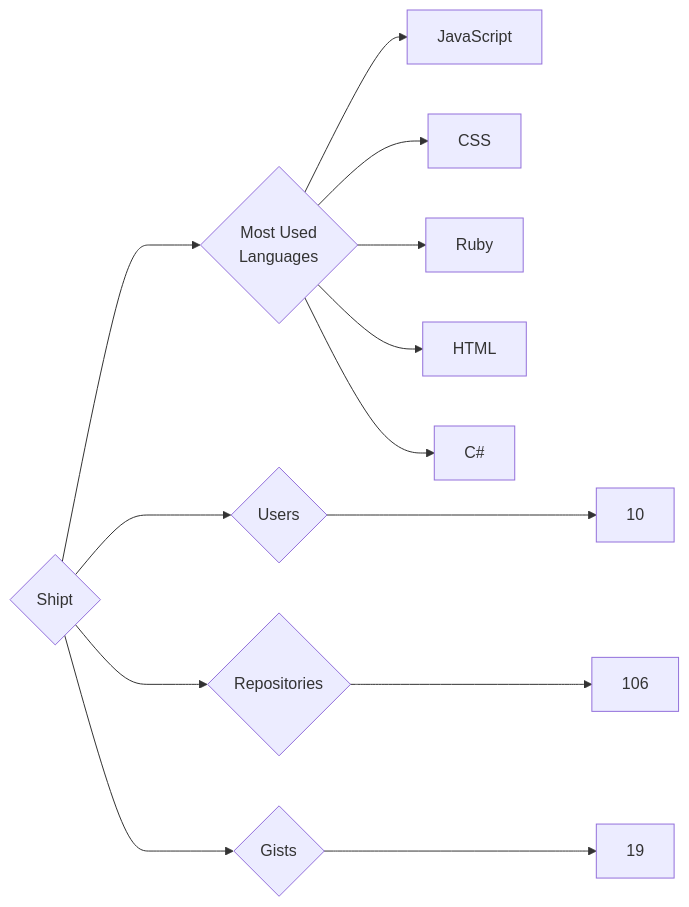
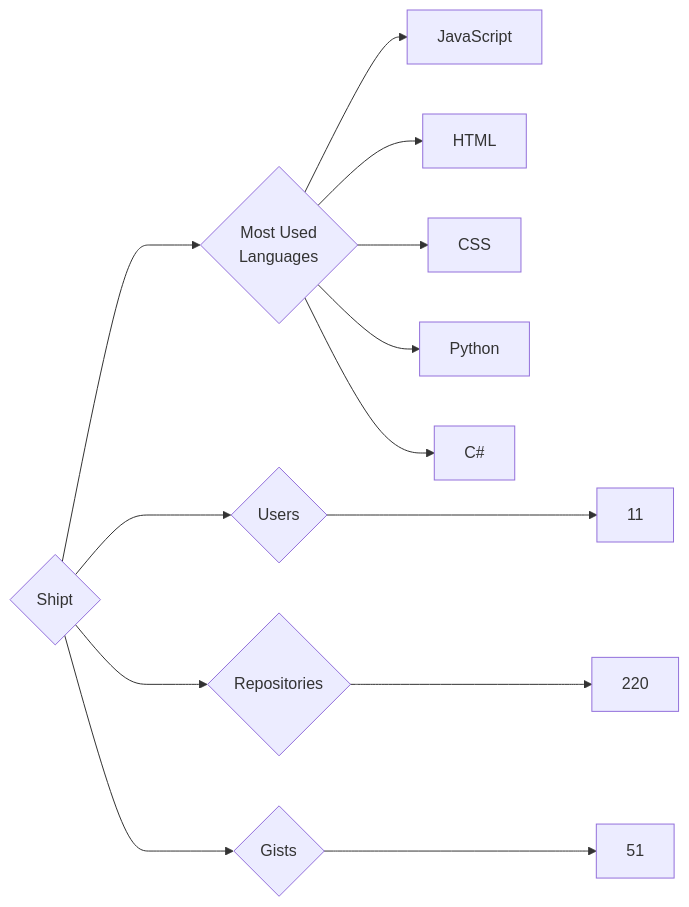
One commit to trickest/insiders changed the diagram in targets/Shipt/README.md. Above: the diagram before and after it, drawn with Mermaid. The commit also changed 1479 other files, not shown here.

````diff
--- a/targets/Shipt/README.md
+++ b/targets/Shipt/README.md
@@ -3,13 +3,13 @@
 ```mermaid
 graph LR
 COMPANY_NAME{Shipt}
-COMPANY_NAME ---> U{Users} ---> UN[10]
-COMPANY_NAME ---> R{Repositories} ---> RN[106]
-COMPANY_NAME ---> G{Gists} ---> GN[19]
+COMPANY_NAME ---> U{Users} ---> UN[11]
+COMPANY_NAME ---> R{Repositories} ---> RN[220]
+COMPANY_NAME ---> G{Gists} ---> GN[51]
 COMPANY_NAME ---> ML{Most Used<br>Languages}
 ML --> JavaScript[JavaScript]
+ML --> HTML[HTML]
 ML --> CSS[CSS]
-ML --> Ruby[Ruby]
-ML --> HTML[HTML]
+ML --> Python[Python]
 ML --> C#[C#]
 ```
````
